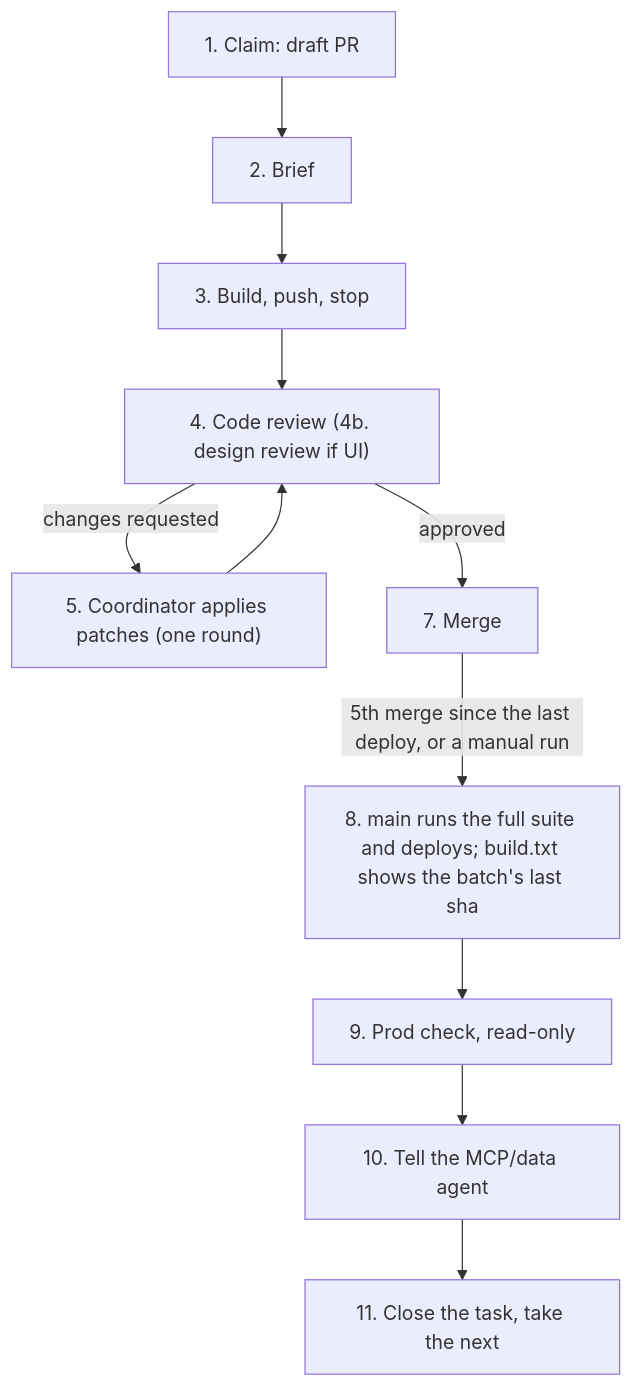
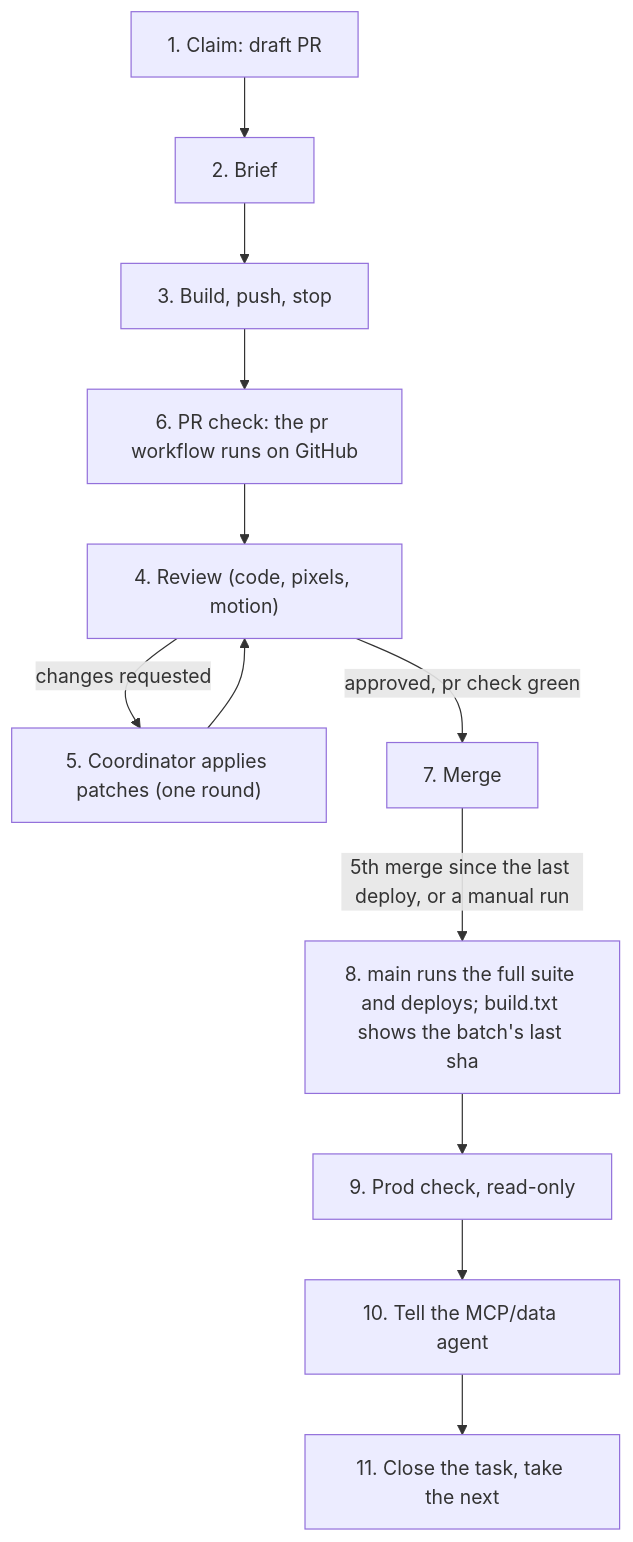
The diagram in docs/backlog/README.md (eliranRP/Flow), drawn with Mermaid before and after one commit. The commit also changed other lines of this file and 20 other files, not shown here.

First line of the commit message:
FLOW-832: Push to checks done in 2 minutes (#599)

````diff
--- a/docs/backlog/README.md
+++ b/docs/backlog/README.md
@@ -42,13 +41,14 @@
 ```mermaid
 flowchart TD
   A["1. Claim: draft PR"] --> B["2. Brief"]
   B --> C["3. Build, push, stop"]
-  C --> D["4. Code review (4b. design review if UI)"]
+  C --> P["6. PR check: the pr workflow runs on GitHub"]
+  P --> D["4. Review (code, pixels, motion)"]
   D -->|"changes requested"| E["5. Coordinator applies patches (one round)"]
   E --> D
-  D -->|"approved"| G["7. Merge"]
+  D -->|"approved, pr check green"| G["7. Merge"]
   G -->|"5th merge since the last deploy, or a manual run"| H["8. main runs the full suite and deploys; build.txt shows the batch's last sha"]
   H --> I["9. Prod check, read-only"]
   I --> J["10. Tell the MCP/data agent"]
   J --> K["11. Close the task, take the next"]
 ```
````
